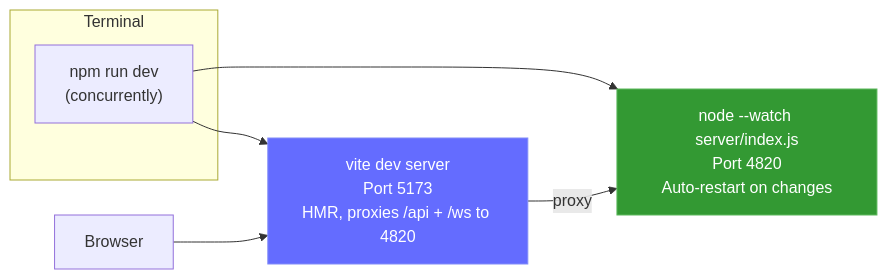
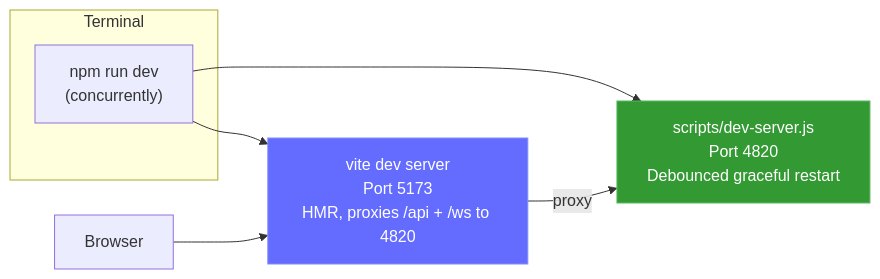
One commit to hoangsonww/Claude-Code-Agent-Monitor changed diagram 39 of 45 in ARCHITECTURE.md. Above: the diagram before and after it, drawn with Mermaid. The commit also changed other lines of this file and 15 other files, not shown here.

````diff
--- a/ARCHITECTURE.md
+++ b/ARCHITECTURE.md
@@ -2711,14 +2712,14 @@
 ```mermaid
 graph LR
     subgraph "Terminal"
         DEV["npm run dev<br/>(concurrently)"]
     end
 
-    DEV --> SERVER["node --watch server/index.js<br/>Port 4820<br/>Auto-restart on changes"]
+    DEV --> SERVER["scripts/dev-server.js<br/>Port 4820<br/>Debounced graceful restart"]
     DEV --> VITE["vite dev server<br/>Port 5173<br/>HMR, proxies /api + /ws to 4820"]
     BROWSER["Browser"] --> VITE
     VITE -->|proxy| SERVER
 
     style VITE fill:#646CFF,stroke:#818cf8,color:#fff
     style SERVER fill:#339933,stroke:#5cb85c,color:#fff
 ```
````
